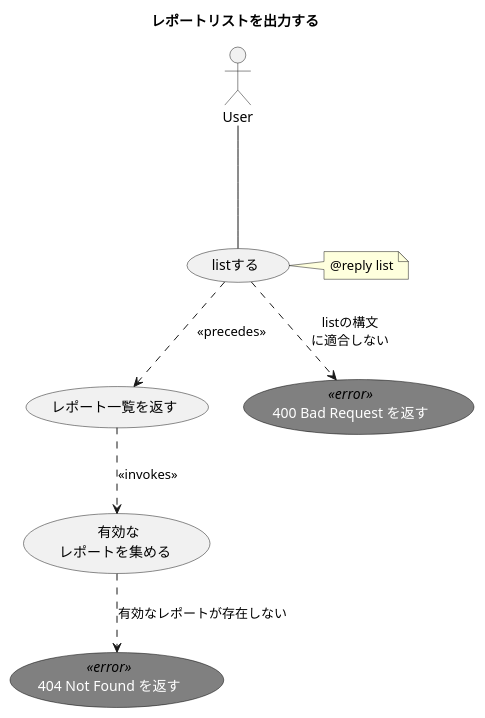
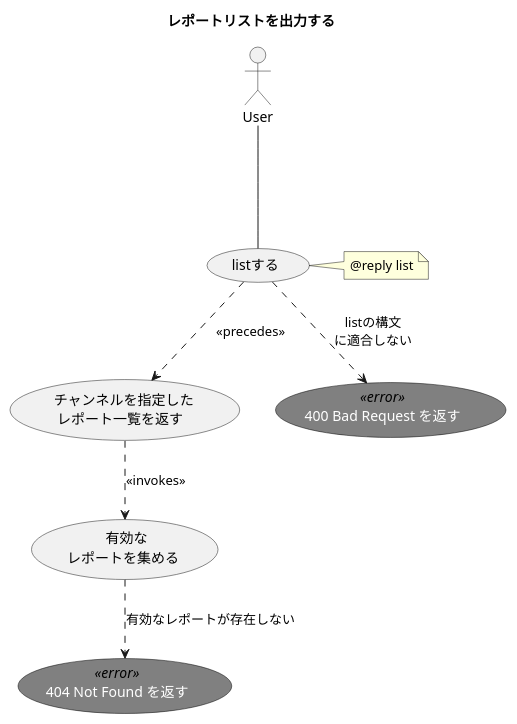
One commit to ito-masam/kpt-guard.doc changed the diagram in 1.design/2.usecases/list-report.md. Above: the diagram before and after it, drawn with PlantUML. The commit also changed 9 other files, not shown here.

```diff
--- a/1.design/2.usecases/list-report.md
+++ b/1.design/2.usecases/list-report.md
@@ -1,31 +1,31 @@
 @startuml
 
     ' ----------- meta
     title レポートリストを出力する
 
     skinparam usecase {
       FontColor<<error>> white
       FontName<<error>> Verdana
       BackgroundColor<<error>> gray
       BorderColor<<error>> black
     }
 
     actor User
 
     ' ----------- main
     User --- ( listする )
-    ( listする ) ..> ( レポート一覧を返す ) : << precedes >>
-    ( レポート一覧を返す ) ..> ( 有効な\nレポートを集める ) : << invokes >>
+    ( listする ) ..> ( チャンネルを指定した\nレポート一覧を返す ) : << precedes >>
+    ( チャンネルを指定した\nレポート一覧を返す ) ..> ( 有効な\nレポートを集める ) : << invokes >>
 
     note right of ( listする )
       @reply list
     end note
 
     ' ----------- alternative
     ( 400 Bad Request を返す ) <<error>>
     ( listする ) ..> ( 400 Bad Request を返す ) : listの構文\nに適合しない
 
     ( 404 Not Found を返す ) <<error>>
     ( 有効な\nレポートを集める ) ..> ( 404 Not Found を返す ) : 有効なレポートが存在しない
 
 @enduml
```
